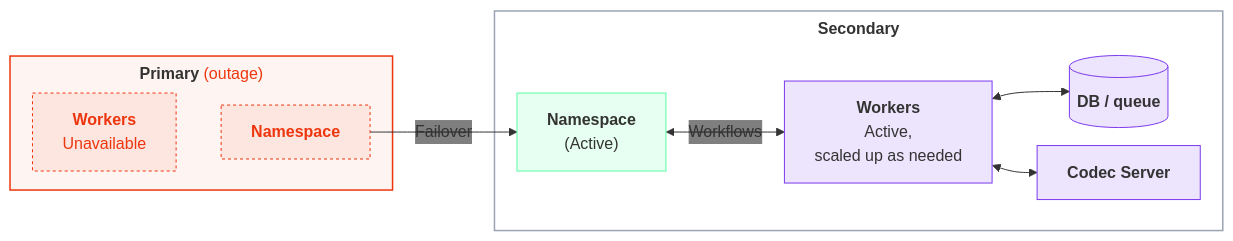
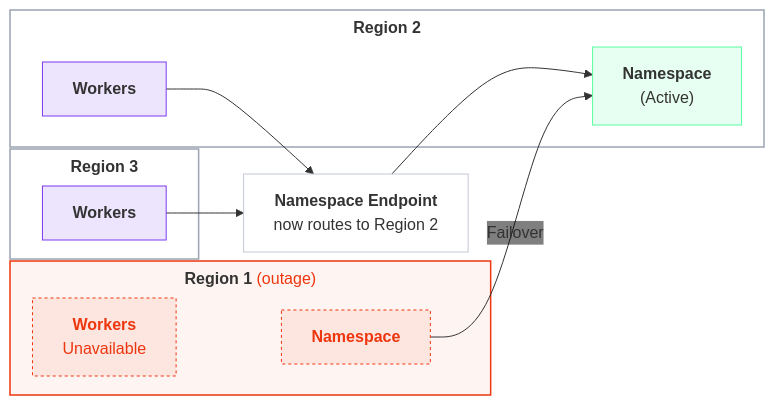
Diagram 19 of 23 in docs/cloud/high-availability/deployment-patterns.mdx (temporalio/documentation), drawn with Mermaid before and after one commit. The commit also changed other lines of this file, not shown here.

Commit message:
Progress on Active/Active

````diff
--- a/docs/cloud/high-availability/deployment-patterns.mdx
+++ b/docs/cloud/high-availability/deployment-patterns.mdx
@@ -716,29 +711,29 @@
 ```mermaid
 %%{init: {'themeVariables':{'fontFamily':'Inter, ui-sans-serif, system-ui, sans-serif','edgeLabelBackground':'transparent'},'flowchart':{'nodeSpacing':18,'rankSpacing':45,'curve':'basis','subGraphTitleMargin':{'top':6,'bottom':12}}}}%%
 flowchart LR
     classDef worker fill:#7C3AED22,stroke:#7C3AED,stroke-width:1px;
-    classDef workerhollow fill:transparent,stroke:#7C3AED,stroke-width:1px,stroke-dasharray:4 3;
     classDef ns fill:#59FDA024,stroke:#59FDA0,stroke-width:1px;
-    classDef ext fill:#7C3AED22,stroke:#7C3AED,stroke-width:1px;
+    classDef endpoint fill:transparent,stroke:#c2c8d2,stroke-width:1px;
     classDef down fill:#ED360E14,stroke:#ED360E,stroke-width:1px,stroke-dasharray:3 3,color:#ED360E;
     classDef region fill:transparent,stroke:#9aa4b2,stroke-width:1.5px;
     classDef regiondown fill:#ED360E0D,stroke:#ED360E,stroke-width:1.5px;
-    classDef pool fill:transparent,stroke:#c2c8d2,stroke-width:1px;
-    subgraph DAFPRI["<b>Primary</b> <span style='color:#ED360E'>(outage)</span>"]
-      DAFWP["<b>Workers</b><br/>Unavailable"]:::down
-      DAFNS["<b>Namespace</b>"]:::down
-      DAFWP ~~~ DAFNS
+    AANEPF["<b>Namespace Endpoint</b><br/>now routes to Region 2"]:::endpoint
+    subgraph AAFR1["<b>Region 1</b> <span style='color:#ED360E'>(outage)</span>"]
+      AAFW1["<b>Workers</b><br/>Unavailable"]:::down
+      AAFNS1["<b>Namespace</b>"]:::down
+      AAFW1 ~~~ AAFNS1
     end
-    subgraph DAFSEC["<b>Secondary</b>"]
-      DAFN["<b>Namespace</b><br/>(Active)"]:::ns
-      DAFSP["<b>Workers</b><br/>Active,<br/>scaled up as needed"]:::worker
-      DAFDB2[("<b>DB / queue</b>")]:::ext
-      DAFCODEC["<b>Codec Server</b>"]:::ext
-      DAFN <-->|Workflows| DAFSP
-      DAFSP <--> DAFDB2
-      DAFSP <--> DAFCODEC
+    subgraph AAFR2["<b>Region 2</b>"]
+      AAFW2["<b>Workers</b>"]:::worker
+      AAFNS2["<b>Namespace</b><br/>(Active)"]:::ns
     end
-    DAFNS -->|"Failover"| DAFN
-    class DAFPRI regiondown
-    class DAFSEC region
+    subgraph AAFR3["<b>Region 3</b>"]
+      AAFW3["<b>Workers</b>"]:::worker
+    end
+    AAFW2 --> AANEPF
+    AAFW3 --> AANEPF
+    AANEPF --> AAFNS2
+    AAFNS1 -->|"Failover"| AAFNS2
+    class AAFR1 regiondown
+    class AAFR2,AAFR3 region
 ```
````
